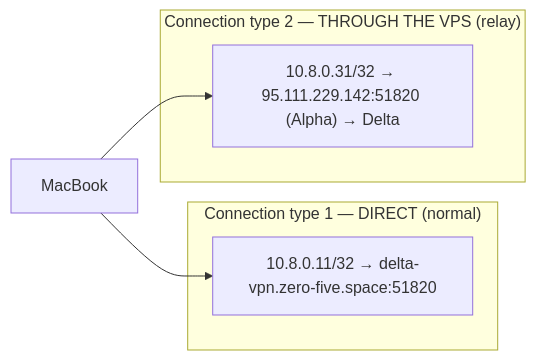
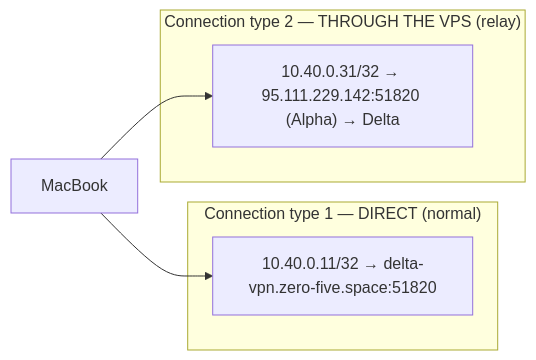
Before and after one commit to Manuel0516/zero-five-handbook: the diagram in content/docs/macbook/wireguard.mdx, drawn with Mermaid. The commit also changed other lines of this file and 52 other files, not shown here.

````diff
--- a/content/docs/macbook/wireguard.mdx
+++ b/content/docs/macbook/wireguard.mdx
@@ -84,12 +84,12 @@
 ```mermaid
 flowchart LR
     mac["MacBook"]
     subgraph path1["Connection type 1 — DIRECT (normal)"]
-        d1["10.8.0.11/32 → delta-vpn.zero-five.space:51820"]
+        d1["10.40.0.11/32 → delta-vpn.zero-five.space:51820"]
     end
     subgraph path2["Connection type 2 — THROUGH THE VPS (relay)"]
-        r1["10.8.0.31/32 → 95.111.229.142:51820 (Alpha) → Delta"]
+        r1["10.40.0.31/32 → 95.111.229.142:51820 (Alpha) → Delta"]
     end
     mac --> d1
     mac --> r1
 ```
````
